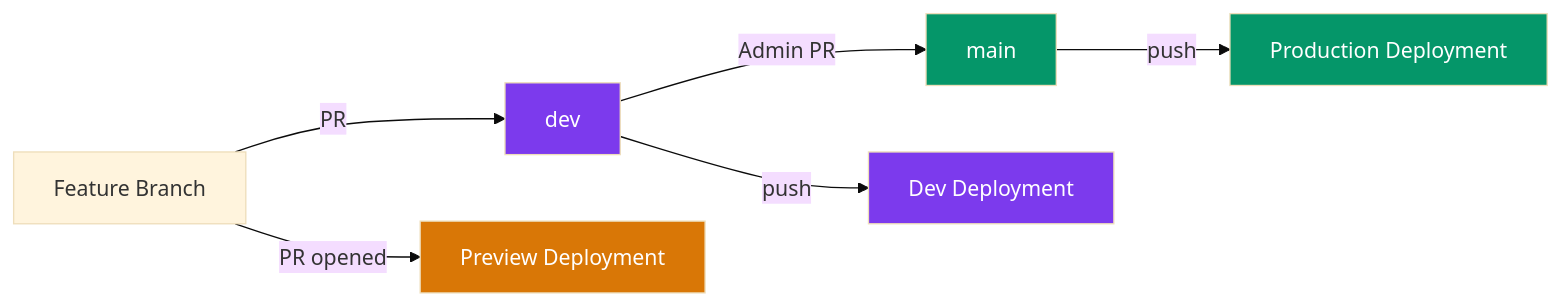
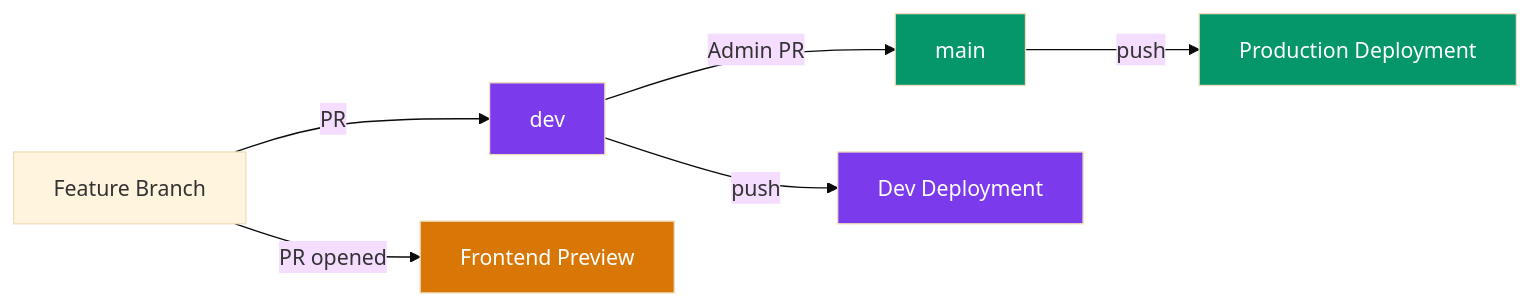
The first of 2 diagrams in docs/guides/CI_CD.md (NITRR-Official/CampusOS), drawn with Mermaid (base theme) before and after one commit. The commit also changed other lines of this file and 5 other files, not shown here.

````diff
--- a/docs/guides/CI_CD.md
+++ b/docs/guides/CI_CD.md
@@ -14,15 +14,15 @@
 ```mermaid
 graph LR
     A[Feature Branch] -->|PR| B[dev]
     B -->|Admin PR| C[main]
 
     B -->|push| D[Dev Deployment]
     C -->|push| E[Production Deployment]
-    A -->|PR opened| F[Preview Deployment]
+    A -->|PR opened| F[Frontend Preview]
 
     style C fill:#059669,color:#fff
     style B fill:#7c3aed,color:#fff
     style D fill:#7c3aed,color:#fff
     style E fill:#059669,color:#fff
     style F fill:#d97706,color:#fff
 ```
````
